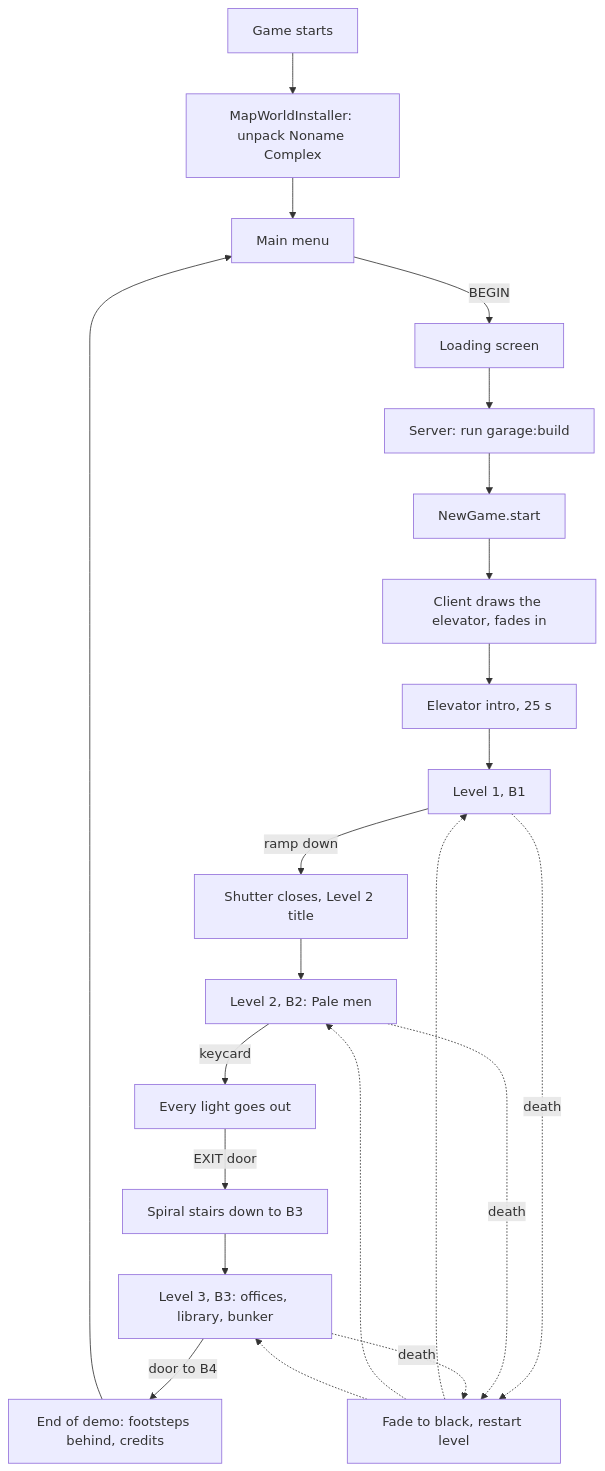
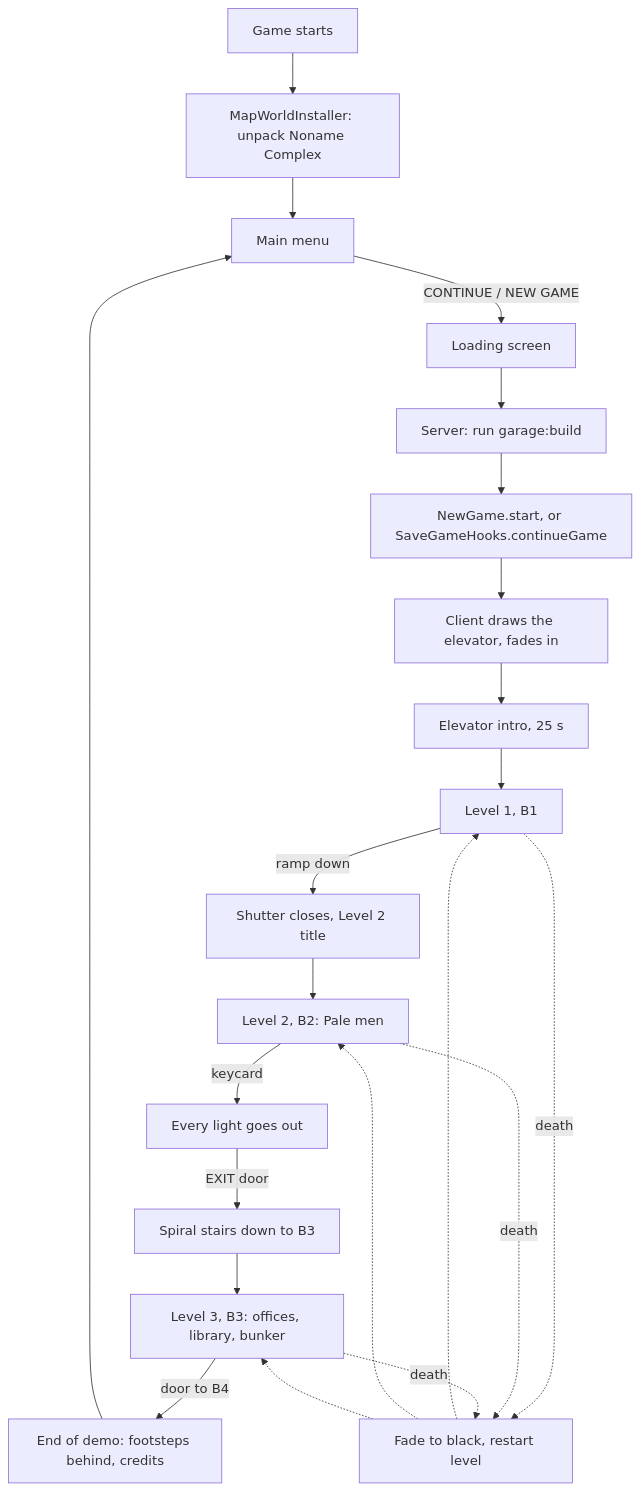
Before and after one commit to Daio7771/EveryTunnelMod: the diagram in docs/en/game-flow.md, drawn with Mermaid. The commit also changed other lines of this file and 28 other files, not shown here.

First line of the commit message:
Phase 8: the game is saved, CONTINUE and NEW GAME in the main menu

````diff
--- a/docs/en/game-flow.md
+++ b/docs/en/game-flow.md
@@ -8,24 +8,24 @@
 ```mermaid
 flowchart TD
     A[Game starts] --> B[MapWorldInstaller: unpack Noname Complex]
     B --> C[Main menu]
-    C -->|BEGIN| D[Loading screen]
+    C -->|CONTINUE / NEW GAME| D[Loading screen]
     D --> E[Server: run garage:build]
-    E --> F[NewGame.start]
+    E --> F[NewGame.start, or SaveGameHooks.continueGame]
     F --> G[Client draws the elevator, fades in]
     G --> H[Elevator intro, 25 s]
     H --> I[Level 1, B1]
     I -->|ramp down| J[Shutter closes, Level 2 title]
     J --> K[Level 2, B2: Pale men]
     K -->|keycard| L[Every light goes out]
     L -->|EXIT door| M[Spiral stairs down to B3]
     M --> P[Level 3, B3: offices, library, bunker]
     P -->|door to B4| N[End of demo: footsteps behind, credits]
     N --> C
     I -.->|death| O[Fade to black, restart level]
     K -.->|death| O
     P -.->|death| O
     O -.-> I
     O -.-> K
     O -.-> P
 ```
````
